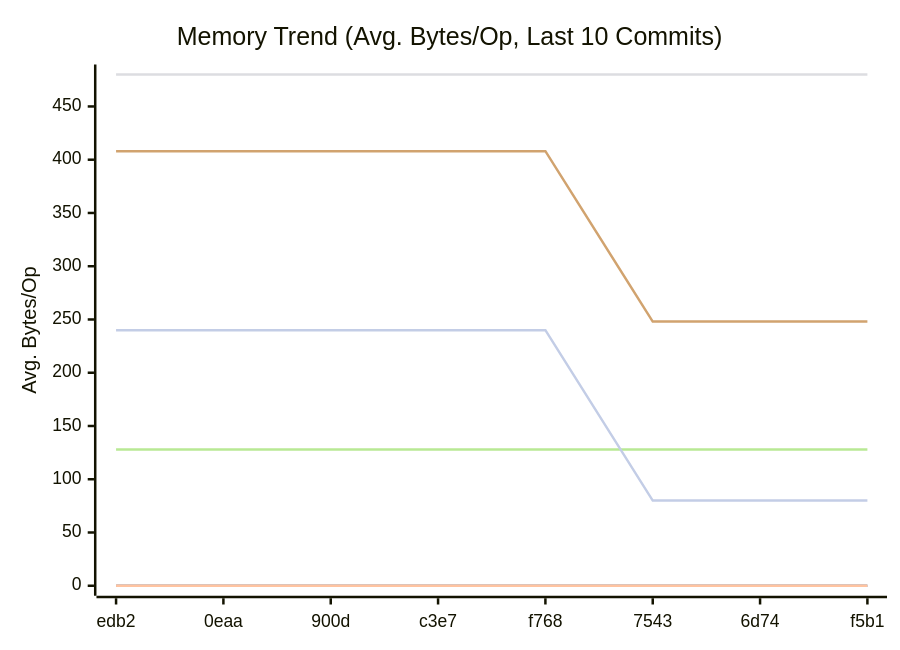
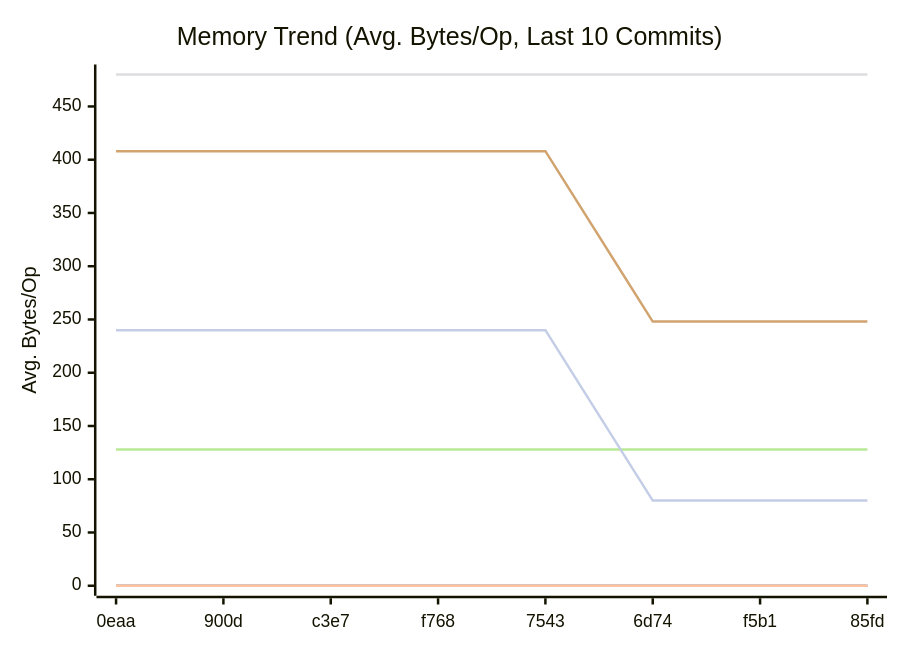
One commit to alsotoes/momo changed the second of 3 diagrams in docs/README.md. Above: the diagram before and after it, drawn with Mermaid. The commit also changed other lines of this file and 1 other file, not shown here.

````diff
--- a/docs/README.md
+++ b/docs/README.md
@@ -318,14 +318,14 @@
 ```mermaid
 xychart-beta
     title "Memory Trend (Avg. Bytes/Op, Last 10 Commits)"
     x-axis "Commit"
     y-axis "Avg. Bytes/Op"
-    x-axis [edb2,0eaa,900d,c3e7,f768,7543,6d74,f5b1]
+    x-axis [0eaa,900d,c3e7,f768,7543,6d74,f5b1,85fd]
     line "CheckMetricsAndSwap" [0,0,0,0,0,0,0,0,0,0]
     line "IndexDirectTracking" [0,0,0,0,0,0,0,0,0,0]
     line "IndexSearch" [0,0,0,0,0,0,0,0,0,0]
     line "LoadGlobalConfig" [480,480,480,480,480,480,480,480,480,480]
     line "PadString" [128,128,128,128,128,128,128,128,128,128]
     line "ParseReplicationOrder_NoPrealloc" [408,408,408,408,408,248,248,248,248,248]
     line "ParseReplicationOrder_Prealloc" [240,240,240,240,240,80,80,80,80,80]
 ```
````
